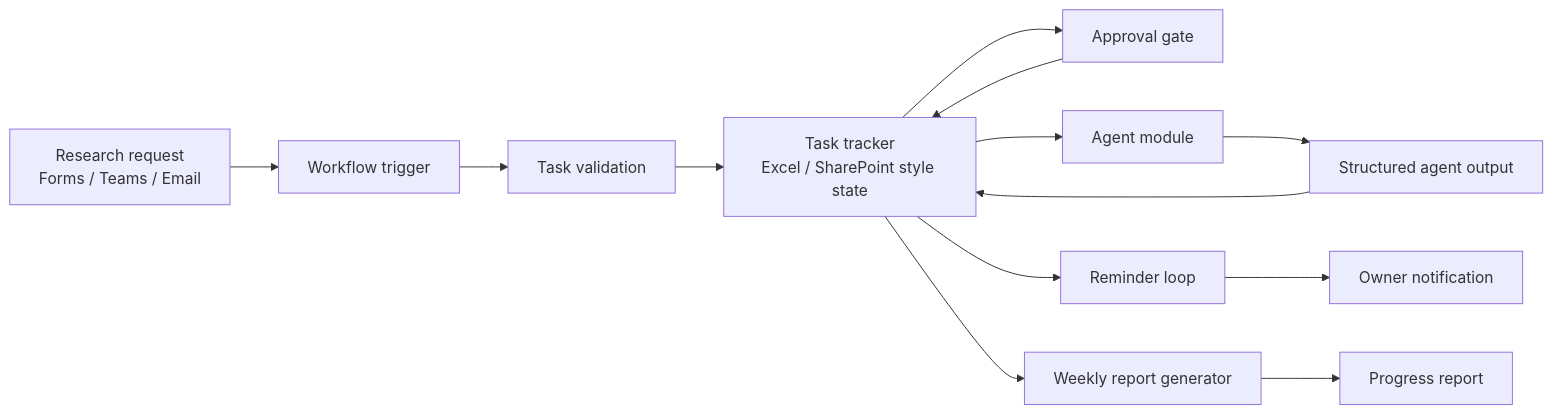
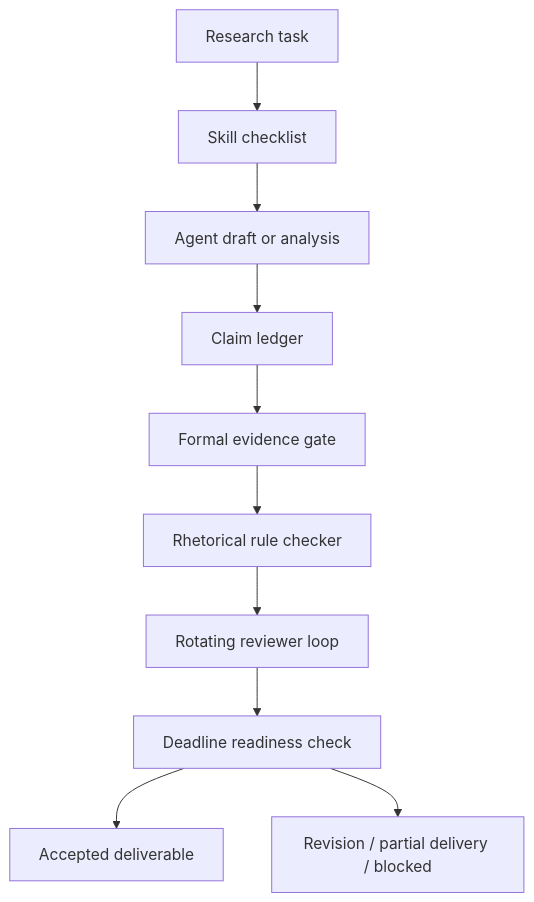
The diagram in README.md (RachelNongyingLi/research-process-automation-demo-clean), drawn with Mermaid before and after one commit. The commit also changed other lines of this file and 14 other files, not shown here.

Commit message:
Refocus workflow on research agent quality gates

````diff
--- a/README.md
+++ b/README.md
@@ -32,15 +59,12 @@
 ```mermaid
-flowchart LR
-  A["Research request\nForms / Teams / Email"] --> B["Workflow trigger"]
-  B --> C["Task validation"]
-  C --> D["Task tracker\nExcel / SharePoint style state"]
-  D --> E["Approval gate"]
-  D --> F["Agent module"]
-  D --> G["Reminder loop"]
-  F --> H["Structured agent output"]
-  H --> D
-  E --> D
-  G --> I["Owner notification"]
-  D --> J["Weekly report generator"]
-  J --> K["Progress report"]
+flowchart TD
+  A["Research task"] --> B["Skill checklist"]
+  B --> C["Agent draft or analysis"]
+  C --> D["Claim ledger"]
+  D --> E["Formal evidence gate"]
+  E --> F["Rhetorical rule checker"]
+  F --> G["Rotating reviewer loop"]
+  G --> H["Deadline readiness check"]
+  H --> I["Accepted deliverable"]
+  H --> J["Revision / partial delivery / blocked"]
 ```
````
